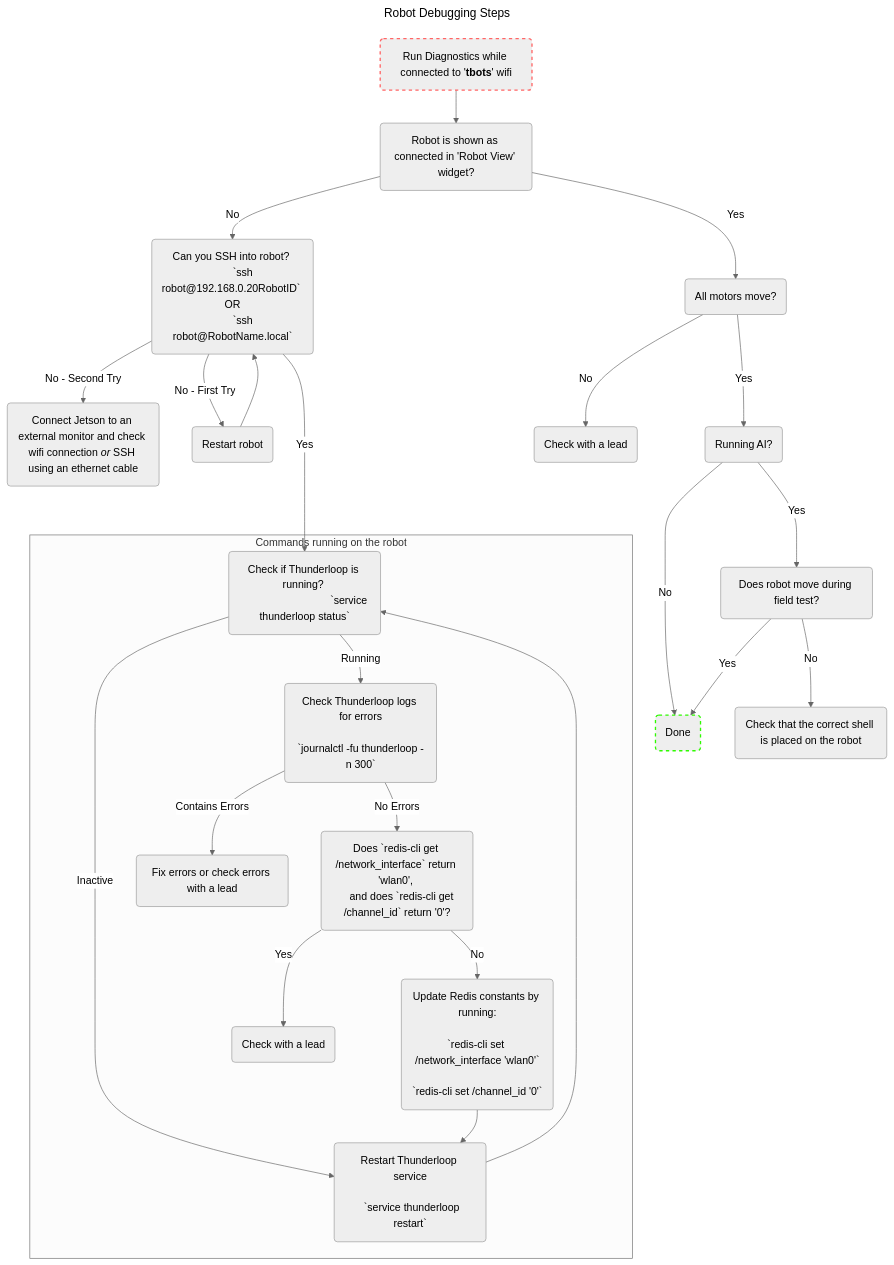
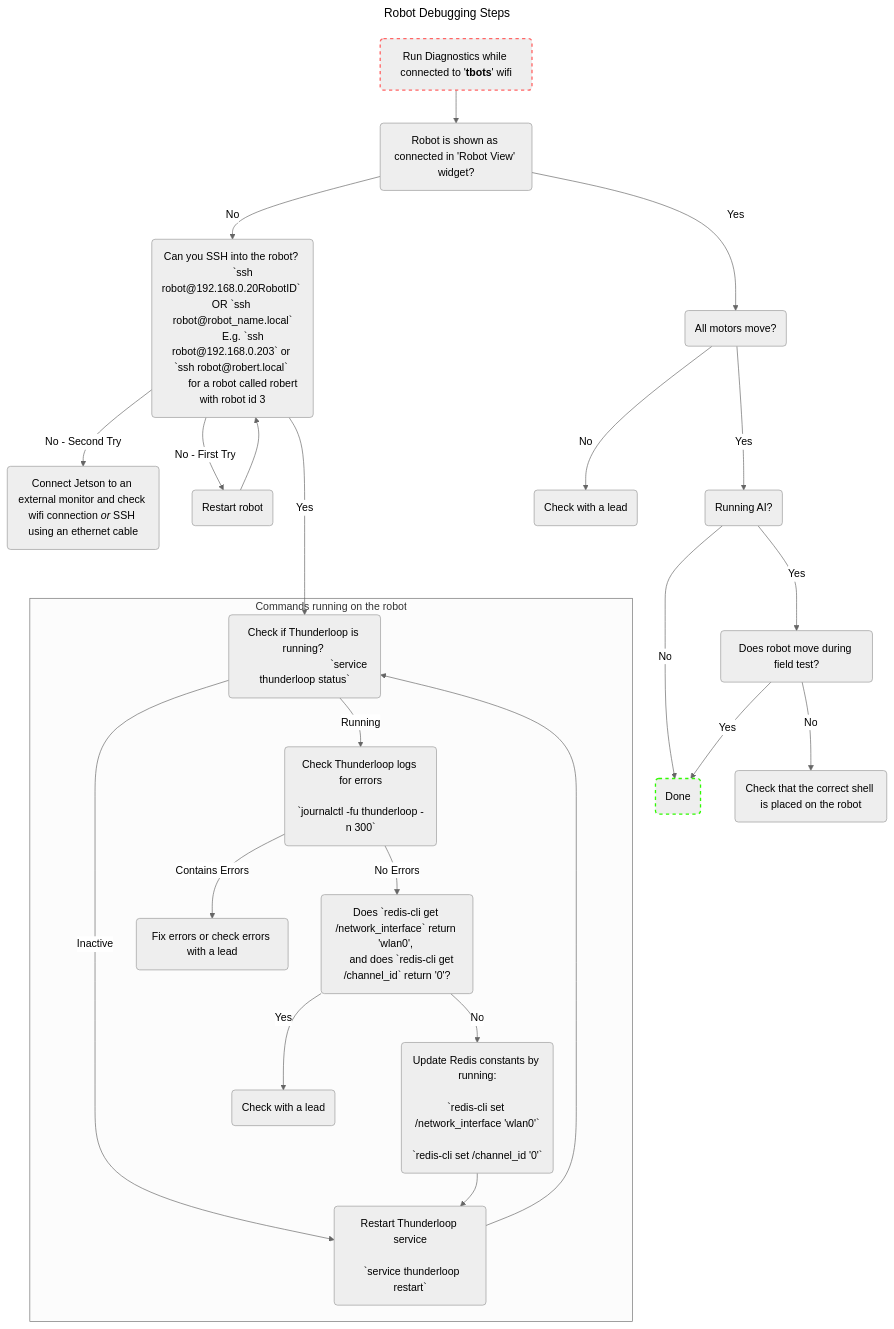
Before and after one commit to UBC-Thunderbots/Software: the diagram in docs/useful-robot-commands.md, drawn with Mermaid (neutral theme).

Commit message:
Add example for SSH commands

````diff
--- a/docs/useful-robot-commands.md
+++ b/docs/useful-robot-commands.md
@@ -19,47 +19,48 @@
 ```mermaid
 ---
 title: Robot Debugging Steps
 ---
 flowchart TD
-    ssh(Can you SSH into robot? 
-        `ssh robot@192.168.0.20RobotID` OR
-        `ssh robot@RobotName.local`)
+    ssh(Can you SSH into the robot? 
+        `ssh robot@192.168.0.20RobotID` OR `ssh robot@robot_name.local`
+        E.g. `ssh robot@192.168.0.203` or `ssh robot@robert.local` 
+        for a robot called robert with robot id 3)
     ssh ---> |Yes| tloop_status
     ssh --> |No - Second Try| monitor("`Connect Jetson to an external monitor and check wifi connection _or_ SSH using an ethernet cable`")
     ssh --> |No - First Try| restart(Restart robot)
     restart --> ssh
 
     diagnostics("`Run Diagnostics while connected to '**tbots**' wifi`") --> robot_view
     robot_view(Robot is shown as connected in 'Robot View' widget?) --> |Yes| check_motors(All motors move?)
     style diagnostics stroke:#f66,stroke-width:2px,stroke-dasharray: 5 5
 
     check_motors -->|Yes| field_test(Running AI?)
     field_test -->|No| done(Done)
     style done stroke:#30fa02,stroke-width:2px,stroke-dasharray: 5 5
     field_test -->|Yes| field_test_moves(Does robot move during field test?)
     field_test_moves --> |No| check_shell("`Check that the correct shell is placed on the robot`")
     check_shell
     field_test_moves --> |Yes| done
 
     robot_view --> |No| ssh
     check_motors -->|No| rip
     rip(Check with a lead)
                   
     subgraph ssh_graph [Commands running on the robot]
     tloop_status(Check if Thunderloop is running? 
                                `service thunderloop status`)
     tloop_status --> |Inactive| tloop_restart(Restart Thunderloop service
                                               `service thunderloop restart`)
     tloop_status --> |Running| tloop_logs(Check Thunderloop logs for errors
                                           `journalctl -fu thunderloop -n 300`)
     tloop_logs --> |No Errors| check_redis(Does `redis-cli get /network_interface` return 'wlan0', 
     and does `redis-cli get /channel_id` return '0'?)
     tloop_logs --> |Contains Errors| rip2("`Fix errors or check errors with a lead`")
     check_redis --> |No| update_redis(Update Redis constants by running:
                                       `redis-cli set /network_interface 'wlan0'`
                                       `redis-cli set /channel_id '0'`)
     check_redis --> |Yes| rip3(Check with a lead)
     update_redis --> tloop_restart
     tloop_restart --> tloop_status
     end
 ```
````
